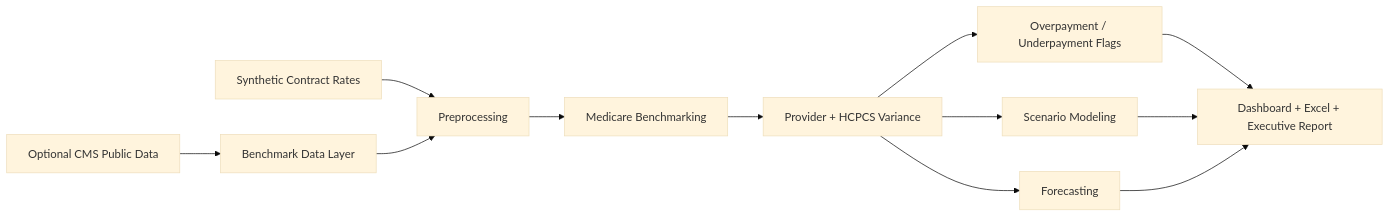
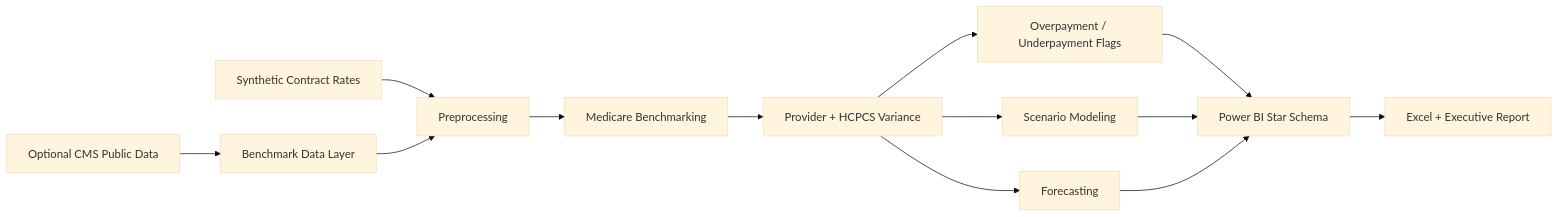
One commit to ItsSawhill/medicare-reimbursement-benchmarking-system changed the diagram in README.md. Above: the diagram before and after it, drawn with Mermaid (base theme). The commit also changed other lines of this file and 18 other files, not shown here.

Commit message:
Convert dashboard layer to Power BI-ready reporting model

````diff
--- a/README.md
+++ b/README.md
@@ -51,14 +54,15 @@
 ```mermaid
 flowchart LR
     A[Optional CMS Public Data] --> C[Benchmark Data Layer]
     B[Synthetic Contract Rates] --> D[Preprocessing]
     C --> D
     D --> E[Medicare Benchmarking]
     E --> F[Provider + HCPCS Variance]
     F --> G[Overpayment / Underpayment Flags]
     F --> H[Scenario Modeling]
     F --> I[Forecasting]
-    G --> J[Dashboard + Excel + Executive Report]
+    G --> J[Power BI Star Schema]
     H --> J
     I --> J
+    J --> K[Excel + Executive Report]
 ```
````
